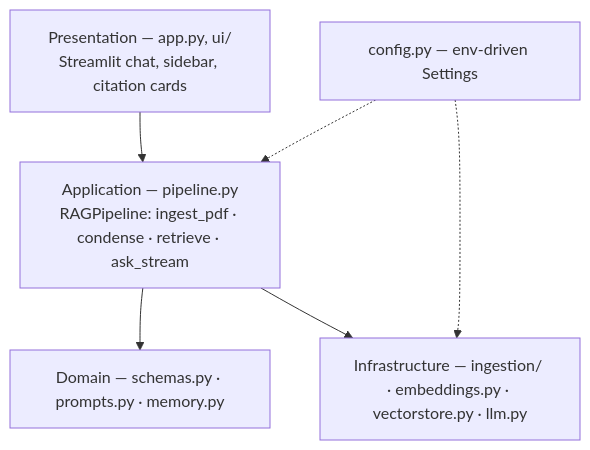
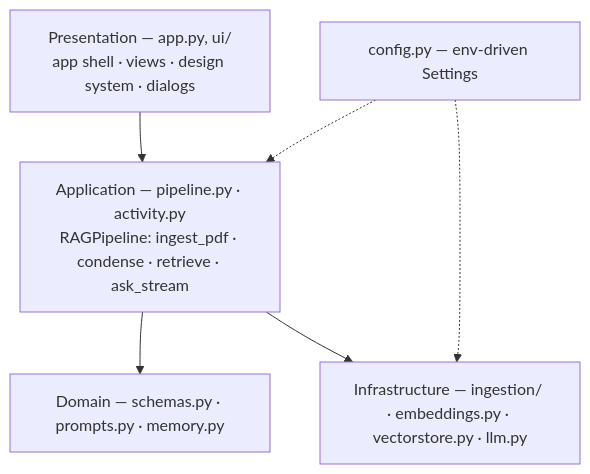
Before and after one commit to Ajayvishal23/documind-rag: the first of 4 diagrams in docs/ARCHITECTURE.md, drawn with Mermaid. The commit also changed other lines of this file and 33 other files, not shown here.

````diff
--- a/docs/ARCHITECTURE.md
+++ b/docs/ARCHITECTURE.md
@@ -9,11 +9,11 @@
 ```mermaid
 flowchart TB
-    UI["Presentation — app.py, ui/<br/>Streamlit chat, sidebar, citation cards"]
-    APP["Application — pipeline.py<br/>RAGPipeline: ingest_pdf · condense · retrieve · ask_stream"]
+    UI["Presentation — app.py, ui/<br/>app shell · views · design system · dialogs"]
+    APP["Application — pipeline.py · activity.py<br/>RAGPipeline: ingest_pdf · condense · retrieve · ask_stream"]
     DOM["Domain — schemas.py · prompts.py · memory.py"]
     INF["Infrastructure — ingestion/ · embeddings.py · vectorstore.py · llm.py"]
     CFG["config.py — env-driven Settings"]
     UI --> APP --> DOM
     APP --> INF
     CFG -.-> APP & INF
 ```
````
